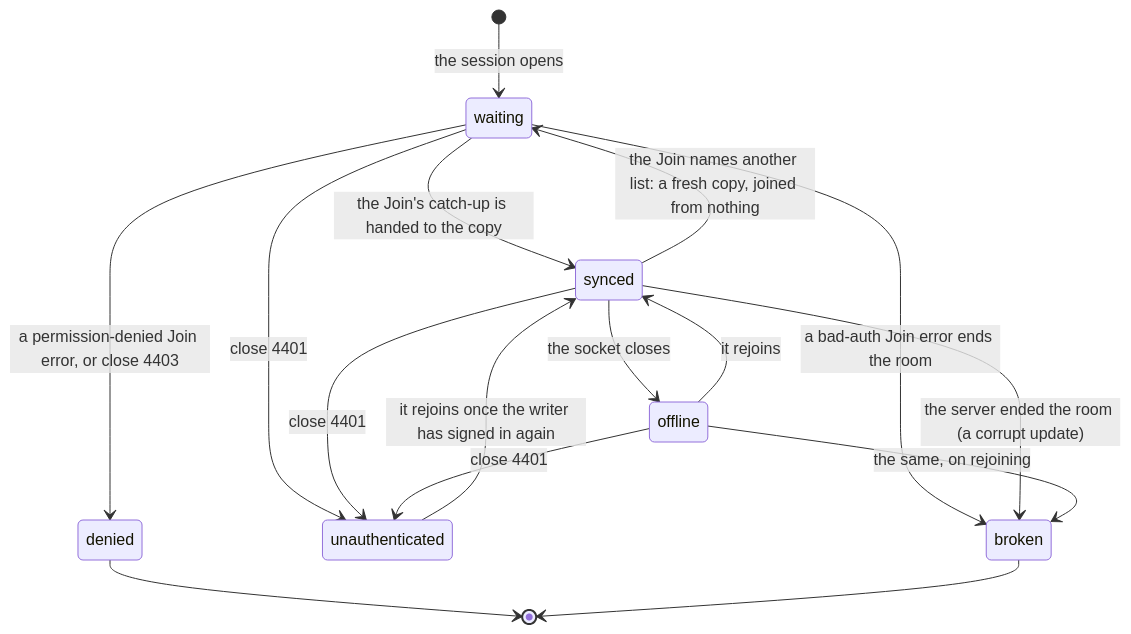
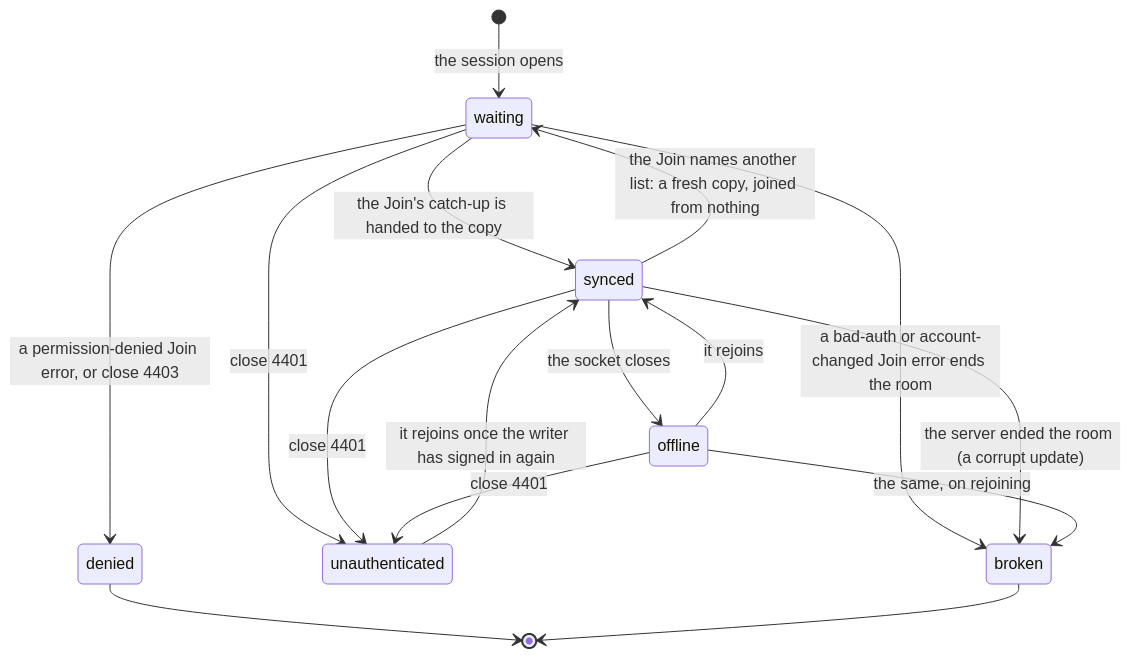
The diagram in apps/app/src/core/tree-list/.context/state-machines.md (haowjy/meridian-flow), drawn with Mermaid before and after one commit. The commit also changed 24 other files, not shown here.

````diff
--- a/apps/app/src/core/tree-list/.context/state-machines.md
+++ b/apps/app/src/core/tree-list/.context/state-machines.md
@@ -11,18 +11,18 @@
 ```mermaid
 stateDiagram-v2
   [*] --> waiting: the session opens
   waiting --> synced: the Join's catch-up is handed to the copy
   synced --> offline: the socket closes
   offline --> synced: it rejoins
   synced --> waiting: the Join names another list: a fresh copy, joined from nothing
   waiting --> denied: a permission-denied Join error, or close 4403
   waiting --> unauthenticated: close 4401
   synced --> unauthenticated: close 4401
   offline --> unauthenticated: close 4401
   unauthenticated --> synced: it rejoins once the writer has signed in again
-  waiting --> broken: a bad-auth Join error ends the room
+  waiting --> broken: a bad-auth or account-changed Join error ends the room
   synced --> broken: the server ended the room (a corrupt update)
   offline --> broken: the same, on rejoining
   denied --> [*]
   broken --> [*]
 ```
````
